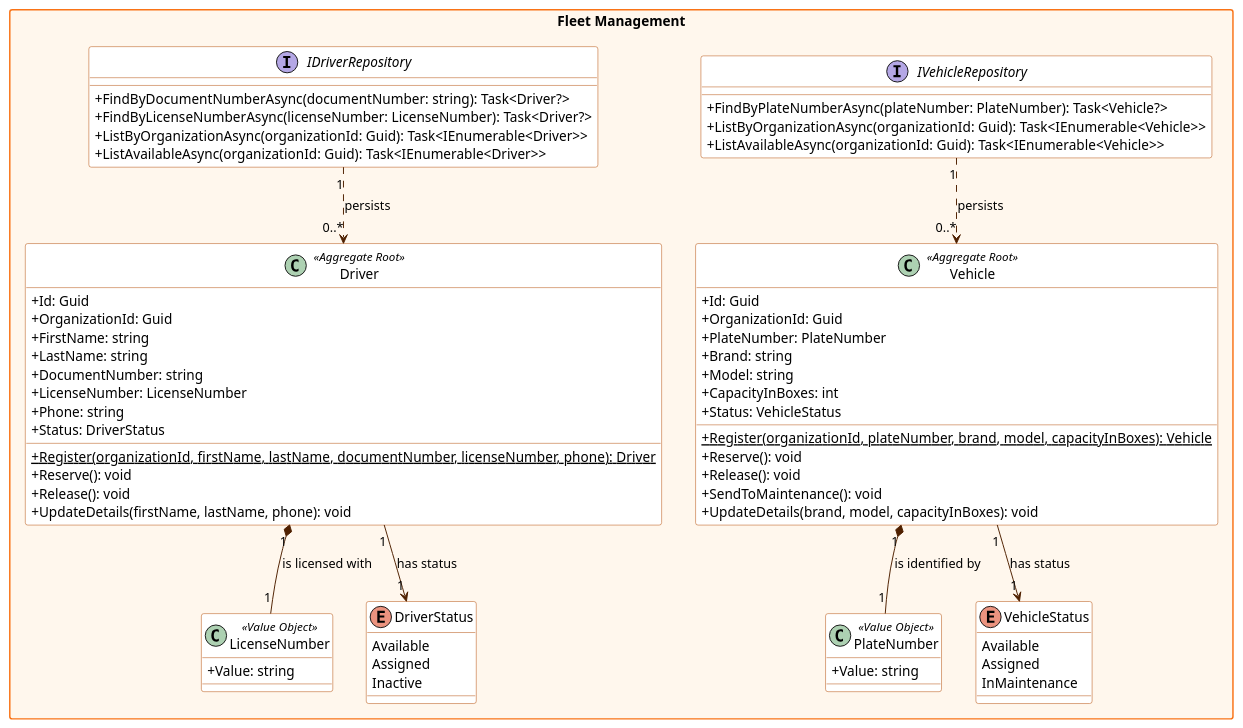
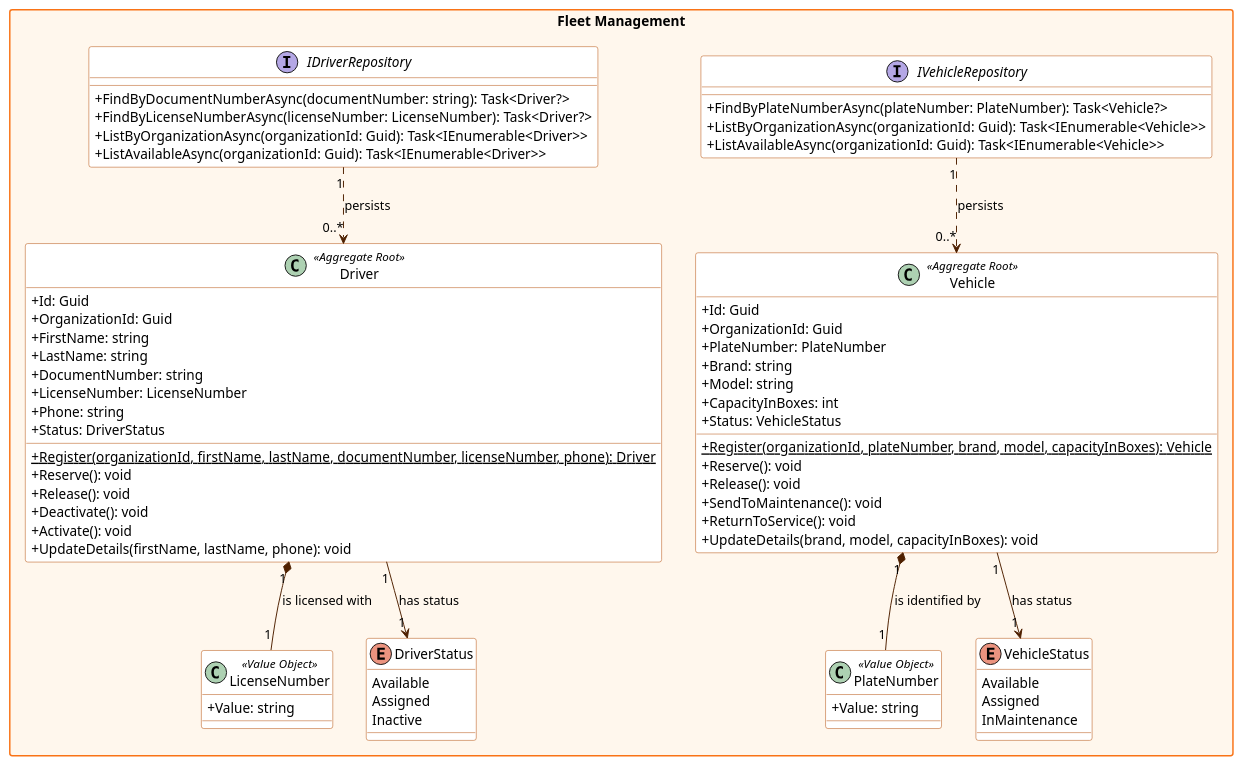
The diagram in report/assets/Software-Object-Oriented-Design/backend-class-fleet-management.puml (1ASI0730-2620-8084-CodeCrafters/bottle-track-report), drawn with PlantUML before and after one commit. The commit also changed 1 other file, not shown here.

Commit message:
fix(report): add the status changes to the fleet management class diagram

```diff
--- a/report/assets/Software-Object-Oriented-Design/backend-class-fleet-management.puml
+++ b/report/assets/Software-Object-Oriented-Design/backend-class-fleet-management.puml
@@ -1,80 +1,83 @@
 @startuml
 ' BottleTrack - Backend - Fleet Management class diagram
 skinparam classAttributeIconSize 0
 skinparam packageStyle rectangle
 skinparam shadowing false
 skinparam defaultFontName Arial
 skinparam class {
   BackgroundColor #ffffff
   BorderColor #b34900
   ArrowColor #4f2000
 }
 skinparam package {
   BackgroundColor #fff7ed
   BorderColor #f97316
 }
 
 package "Fleet Management" {
   class Vehicle <<Aggregate Root>> {
     + Id: Guid
     + OrganizationId: Guid
     + PlateNumber: PlateNumber
     + Brand: string
     + Model: string
     + CapacityInBoxes: int
     + Status: VehicleStatus
     + {static} Register(organizationId, plateNumber, brand, model, capacityInBoxes): Vehicle
     + Reserve(): void
     + Release(): void
     + SendToMaintenance(): void
+    + ReturnToService(): void
     + UpdateDetails(brand, model, capacityInBoxes): void
   }
   class Driver <<Aggregate Root>> {
     + Id: Guid
     + OrganizationId: Guid
     + FirstName: string
     + LastName: string
     + DocumentNumber: string
     + LicenseNumber: LicenseNumber
     + Phone: string
     + Status: DriverStatus
     + {static} Register(organizationId, firstName, lastName, documentNumber, licenseNumber, phone): Driver
     + Reserve(): void
     + Release(): void
+    + Deactivate(): void
+    + Activate(): void
     + UpdateDetails(firstName, lastName, phone): void
   }
   class PlateNumber <<Value Object>> {
     + Value: string
   }
   class LicenseNumber <<Value Object>> {
     + Value: string
   }
   enum VehicleStatus {
     Available
     Assigned
     InMaintenance
   }
   enum DriverStatus {
     Available
     Assigned
     Inactive
   }
   interface IVehicleRepository {
     + FindByPlateNumberAsync(plateNumber: PlateNumber): Task<Vehicle?>
     + ListByOrganizationAsync(organizationId: Guid): Task<IEnumerable<Vehicle>>
     + ListAvailableAsync(organizationId: Guid): Task<IEnumerable<Vehicle>>
   }
   interface IDriverRepository {
     + FindByDocumentNumberAsync(documentNumber: string): Task<Driver?>
     + FindByLicenseNumberAsync(licenseNumber: LicenseNumber): Task<Driver?>
     + ListByOrganizationAsync(organizationId: Guid): Task<IEnumerable<Driver>>
     + ListAvailableAsync(organizationId: Guid): Task<IEnumerable<Driver>>
   }
   Vehicle "1" *-- "1" PlateNumber : is identified by
   Vehicle "1" --> "1" VehicleStatus : has status
   Driver "1" *-- "1" LicenseNumber : is licensed with
   Driver "1" --> "1" DriverStatus : has status
   IVehicleRepository "1" ..> "0..*" Vehicle : persists
   IDriverRepository "1" ..> "0..*" Driver : persists
 }
 @enduml
```
